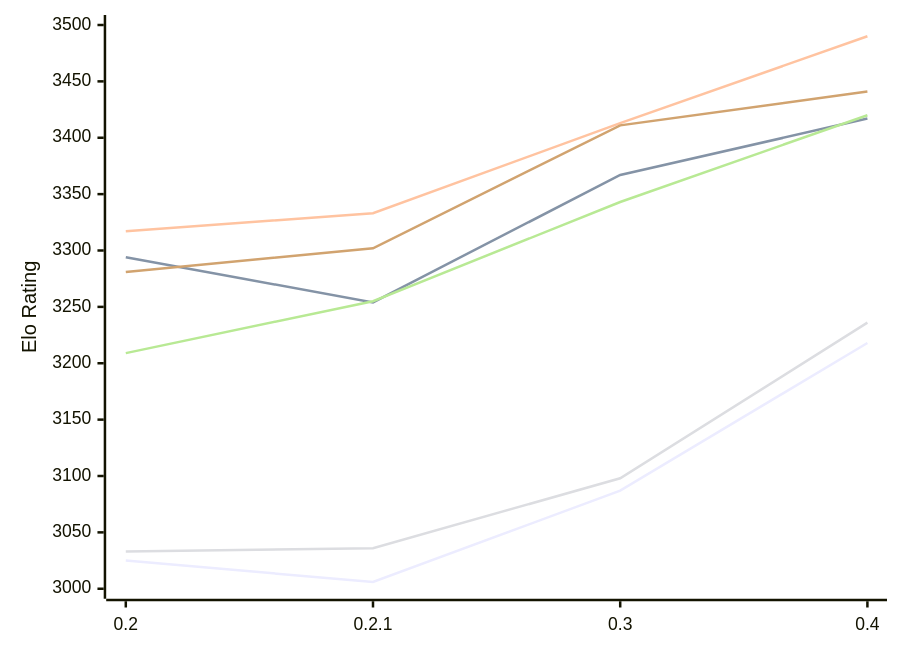
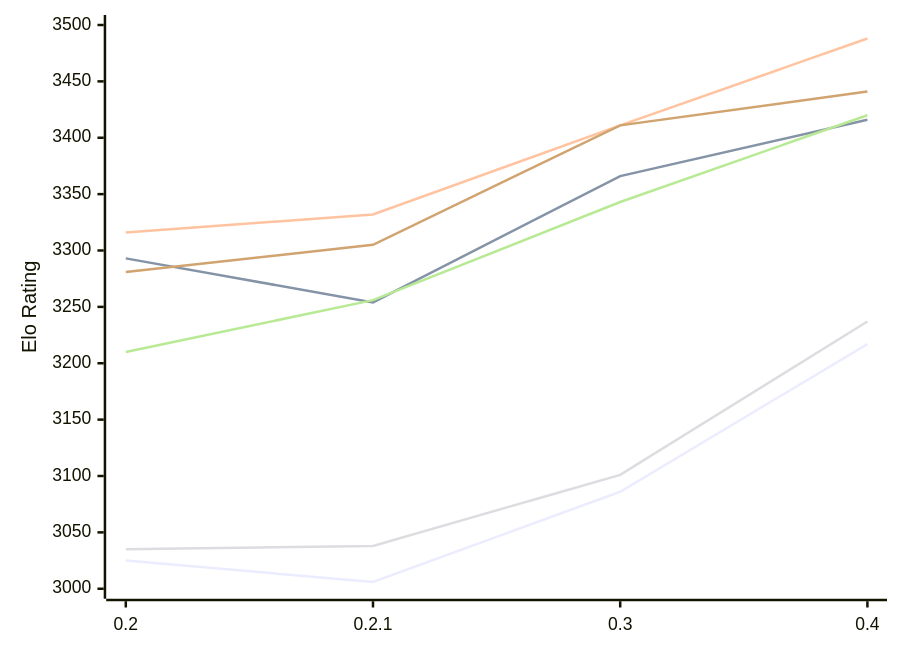
Before and after one commit to computer-chess-index/cci: the diagram in engines/StockDory.md, drawn with Mermaid. The commit also changed other lines of this file, not shown here.

Commit message:
Update CCI Ratings (ELO VLTC) - 2026-11-28

````diff
--- a/engines/StockDory.md
+++ b/engines/StockDory.md
@@ -53,12 +53,12 @@
 ```mermaid
 %%{init: {"theme":"base","themeVariables":{"seriesColors:['#a3a3a3','#222221','#faa371']}}}%%
 xychart-beta
   x-axis ["0.2", "0.2.1", "0.3", "0.4"]
   y-axis "Elo Rating" 3000 --> 3500
-  line "E1: STC (8.0+0.08s)" [3025, 3006, 3087, 3218]
-  line "E1: LTC (60.0+0.60s)" [3294, 3254, 3367, 3417]
-  line "E1: VLTC (2m24s+1.12s)" [3317, 3333, 3413, 3490]
-  line "P1: STC (8.0+0.08s)" [3033, 3036, 3098, 3236]
-  line "P1: LTC (60.0+0.60s)" [3209, 3255, 3343, 3420]
-  line "P1: VLTC (2m24s+1.12s)" [3281, 3302, 3411, 3441]
+  line "E1: STC (8.0+0.08s)" [3025, 3006, 3086, 3217]
+  line "E1: LTC (60.0+0.60s)" [3293, 3254, 3366, 3416]
+  line "E1: VLTC (2m24s+1.12s)" [3316, 3332, 3411, 3488]
+  line "P1: STC (8.0+0.08s)" [3035, 3038, 3101, 3237]
+  line "P1: LTC (60.0+0.60s)" [3210, 3256, 3343, 3420]
+  line "P1: VLTC (2m24s+1.12s)" [3281, 3305, 3411, 3441]
 ```
````
